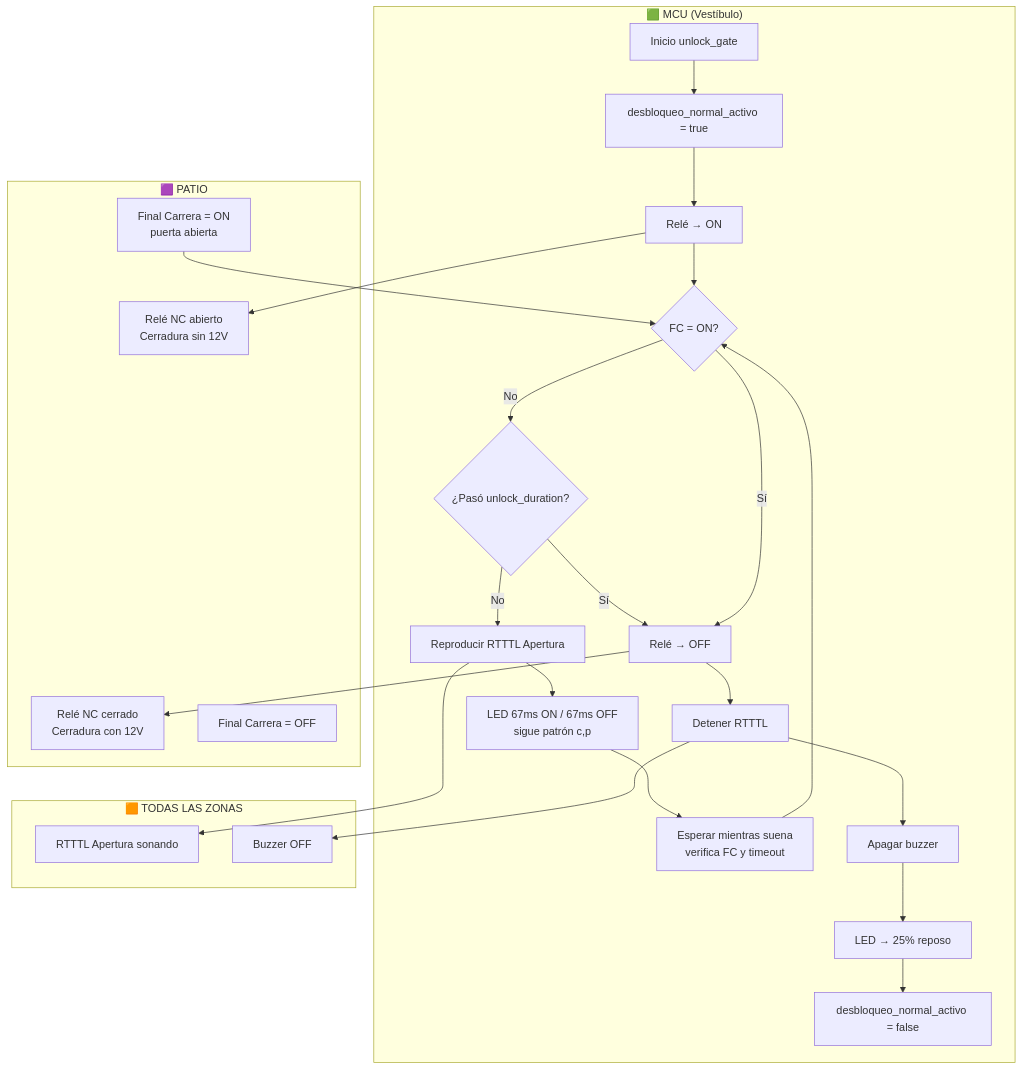
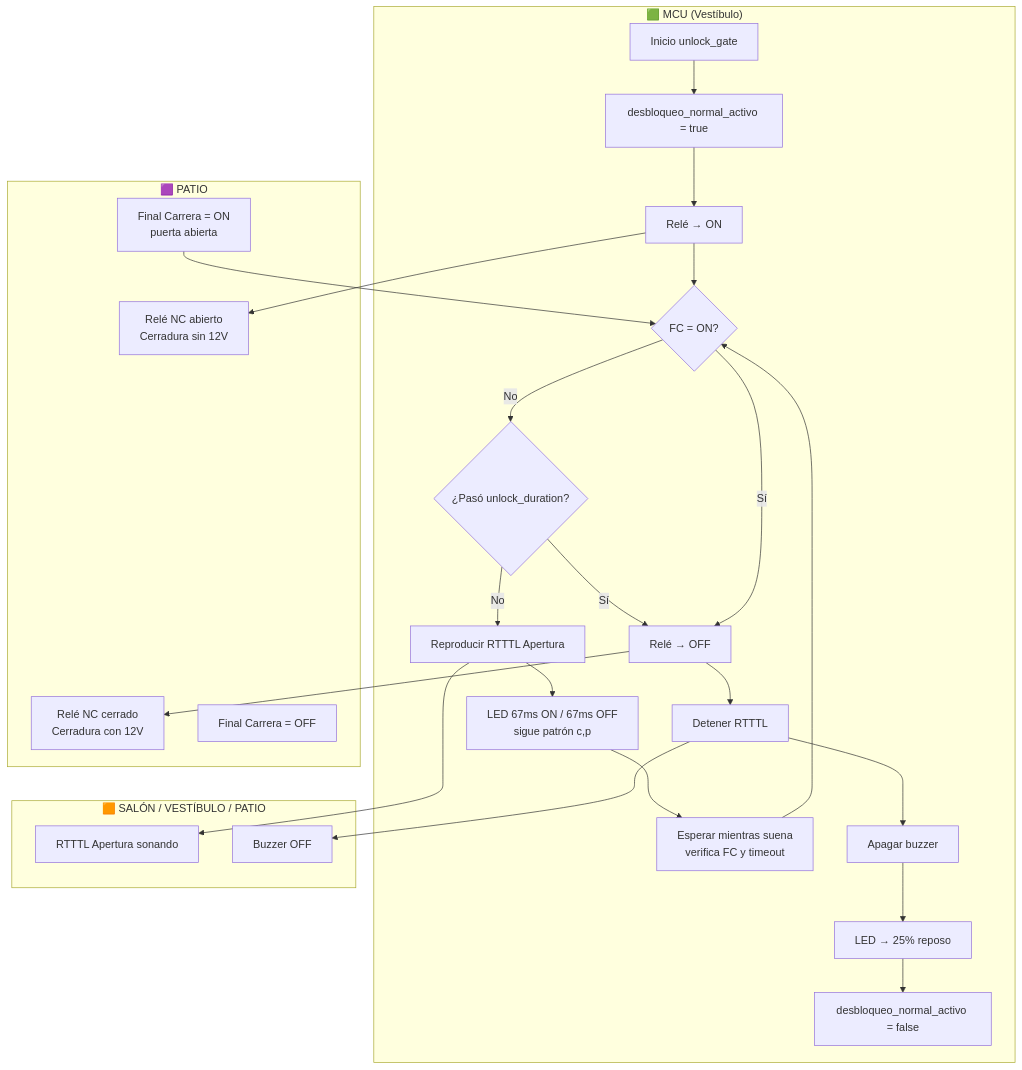
One commit to abelbour/Abrepuertas changed the tenth of 11 diagrams in SYSTEM_DEFINITION.md. Above: the diagram before and after it, drawn with Mermaid. The commit also changed other lines of this file, not shown here.

````diff
--- a/SYSTEM_DEFINITION.md
+++ b/SYSTEM_DEFINITION.md
@@ -579,38 +605,38 @@
 ```mermaid
 flowchart TD
     subgraph MCU["🟩 MCU (Vestíbulo)"]
         START[Inicio unlock_gate]
         START --> FLAG[desbloqueo_normal_activo = true]
         FLAG --> RELAY_ON[Relé → ON]
         RELAY_ON --> LOOP{FC = ON?}
         LOOP -- No --> TIMEOUT{"¿Pasó unlock_duration?"}
         TIMEOUT -- No --> RTTTL[Reproducir RTTTL Apertura]
         RTTTL --> LEDSEQ[LED 67ms ON / 67ms OFF<br/>sigue patrón c,p]
         LEDSEQ --> WAIT[Esperar mientras suena<br/>verifica FC y timeout]
         WAIT --> LOOP
         TIMEOUT -- Sí --> RELAY_OFF[Relé → OFF]
         LOOP -- Sí --> RELAY_OFF
         RELAY_OFF --> STOP[Detener RTTTL]
         STOP --> BUZZ_OFF[Apagar buzzer]
         BUZZ_OFF --> LEDREPO[LED → 25% reposo]
         LEDREPO --> UNFLAG[desbloqueo_normal_activo = false]
     end
 
     subgraph LOCK["🟪 PATIO"]
         RELE[Relé NC abierto<br/>Cerradura sin 12V]
         RELE2[Relé NC cerrado<br/>Cerradura con 12V]
         FC[Final Carrera = ON<br/>puerta abierta]
         FC_OFF[Final Carrera = OFF]
     end
 
-    subgraph PAN["🟧 TODAS LAS ZONAS"]
+    subgraph PAN["🟧 SALÓN / VESTÍBULO / PATIO"]
         BEEP[RTTTL Apertura sonando]
         SILENCIO[Buzzer OFF]
     end
 
     RELAY_ON --> RELE
     RELAY_OFF --> RELE2
     FC --> LOOP
     RTTTL --> BEEP
     STOP --> SILENCIO
 ```
````
